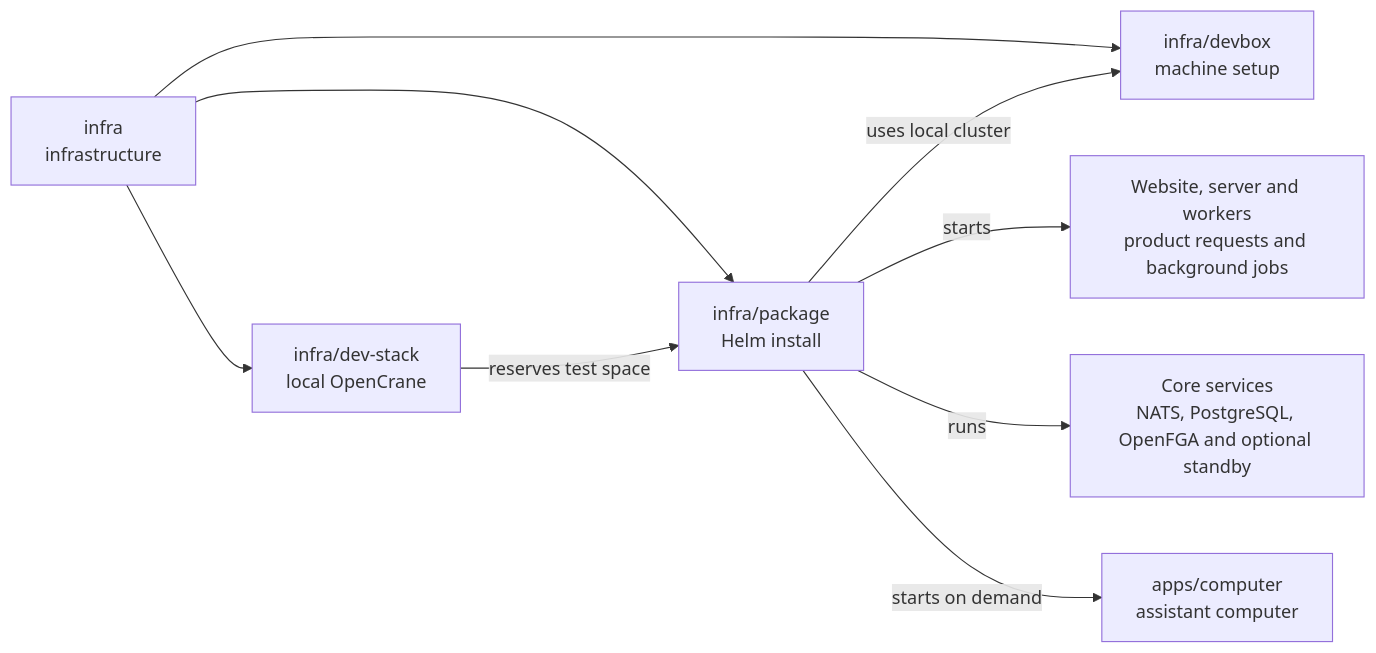
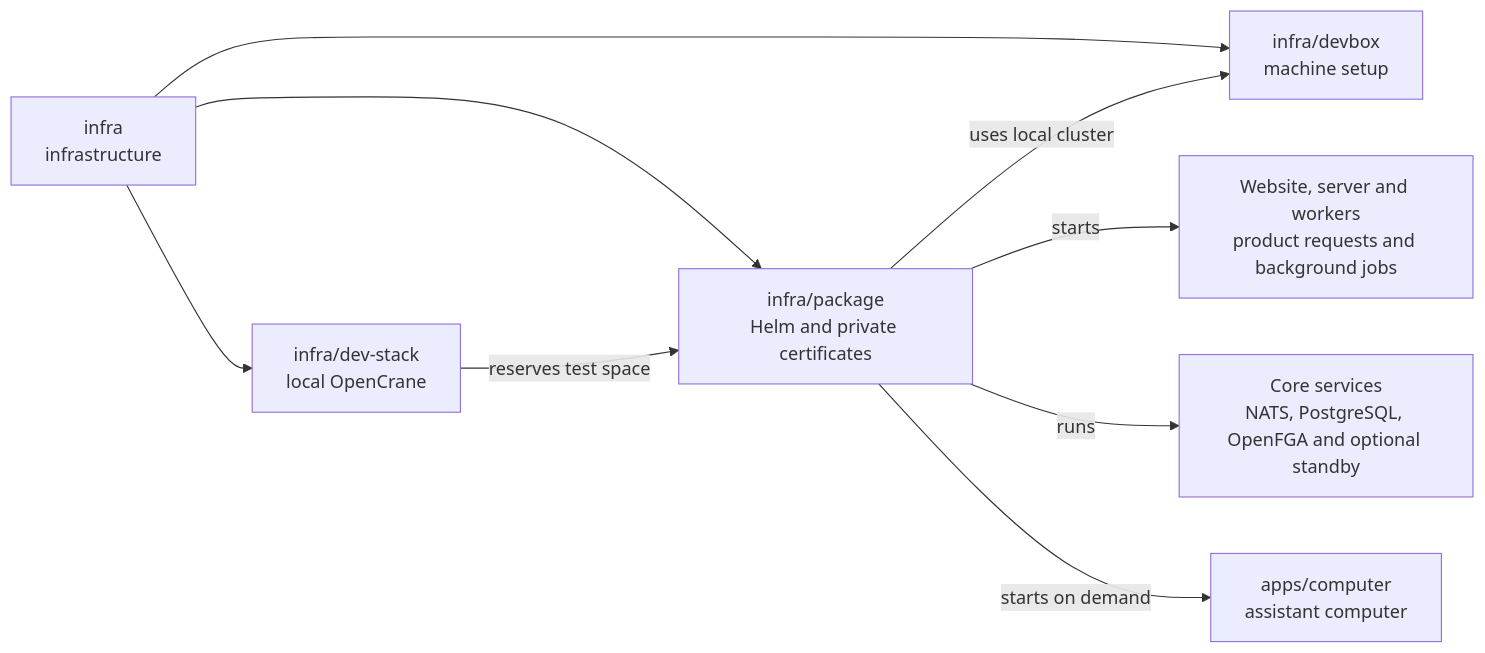
One commit to elewa-git/opencrane-new changed the diagram in infra/package/README.md. Above: the diagram before and after it, drawn with Mermaid. The commit also changed other lines of this file and 6 other files, not shown here.

````diff
--- a/infra/package/README.md
+++ b/infra/package/README.md
@@ -18,11 +18,11 @@
 ```mermaid
 flowchart LR
-  infra["infra<br/>infrastructure"] --> package["infra/package<br/>Helm install"]
+  infra["infra<br/>infrastructure"] --> package["infra/package<br/>Helm and private certificates"]
   infra --> stack["infra/dev-stack<br/>local OpenCrane"]
   infra --> devbox["infra/devbox<br/>machine setup"]
   stack -->|reserves test space| package
   package -->|uses local cluster| devbox
   package -->|starts| apps["Website, server and workers<br/>product requests and background jobs"]
   package -->|runs| services["Core services<br/>NATS, PostgreSQL, OpenFGA and optional standby"]
   package -->|starts on demand| computer["apps/computer<br/>assistant computer"]
 ```
````
